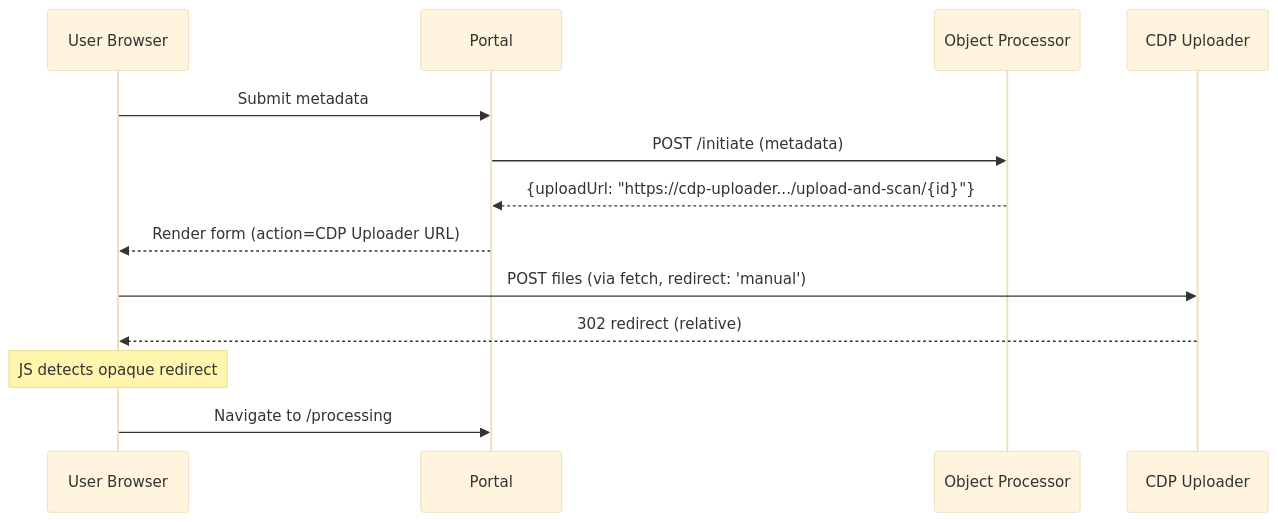
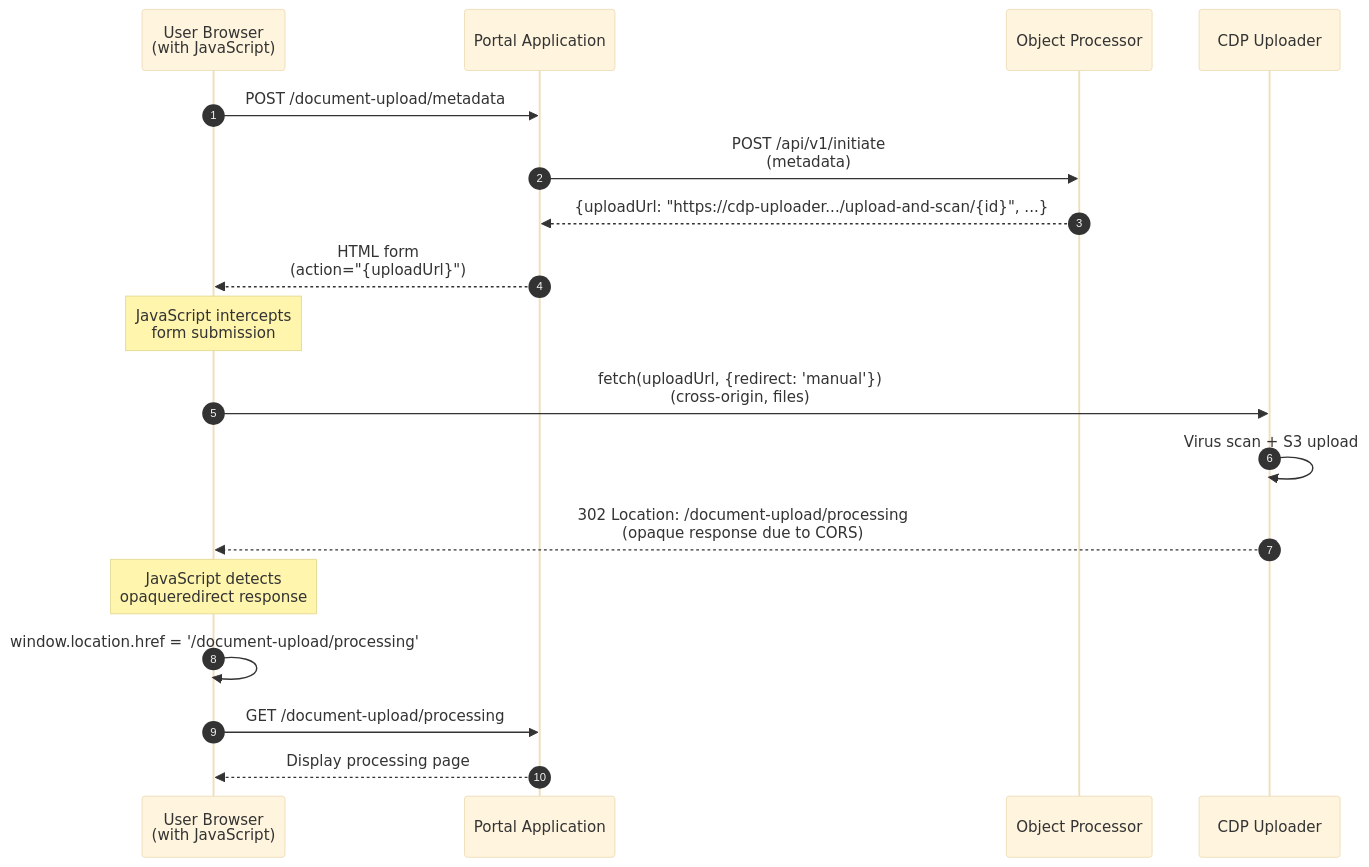
The third of 3 diagrams in README.md (DEFRA/fcp-sfd-portal-stub), drawn with Mermaid (base theme) before and after one commit. The commit also changed other lines of this file and 16 other files, not shown here.

````diff
--- a/README.md
+++ b/README.md
@@ -288,11 +383,22 @@
 ```mermaid
 sequenceDiagram
-    User Browser->>Portal: Submit metadata
-    Portal->>Object Processor: POST /initiate (metadata)
-    Object Processor-->>Portal: {uploadUrl: "https://cdp-uploader.../upload-and-scan/{id}"}
-    Portal-->>User Browser: Render form (action=CDP Uploader URL)
-    User Browser->>CDP Uploader: POST files (via fetch, redirect: 'manual')
-    CDP Uploader-->>User Browser: 302 redirect (relative)
-    Note over User Browser: JS detects opaque redirect
-    User Browser->>Portal: Navigate to /processing
+    autonumber
+    participant Browser as User Browser<br/>(with JavaScript)
+    participant Portal as Portal Application
+    participant Processor as Object Processor
+    participant Uploader as CDP Uploader
+
+    Browser->>Portal: POST /document-upload/metadata
+    Portal->>Processor: POST /api/v1/initiate<br/>(metadata)
+    Processor-->>Portal: {uploadUrl: "https://cdp-uploader.../upload-and-scan/{id}", ...}
+    Portal-->>Browser: HTML form<br/>(action="{uploadUrl}")
+    
+    Note over Browser: JavaScript intercepts<br/>form submission
+    Browser->>Uploader: fetch(uploadUrl, {redirect: 'manual'})<br/>(cross-origin, files)
+    Uploader->>Uploader: Virus scan + S3 upload
+    Uploader-->>Browser: 302 Location: /document-upload/processing<br/>(opaque response due to CORS)
+    Note over Browser: JavaScript detects<br/>opaqueredirect response
+    Browser->>Browser: window.location.href = '/document-upload/processing'
+    Browser->>Portal: GET /document-upload/processing
+    Portal-->>Browser: Display processing page
 ```
````
